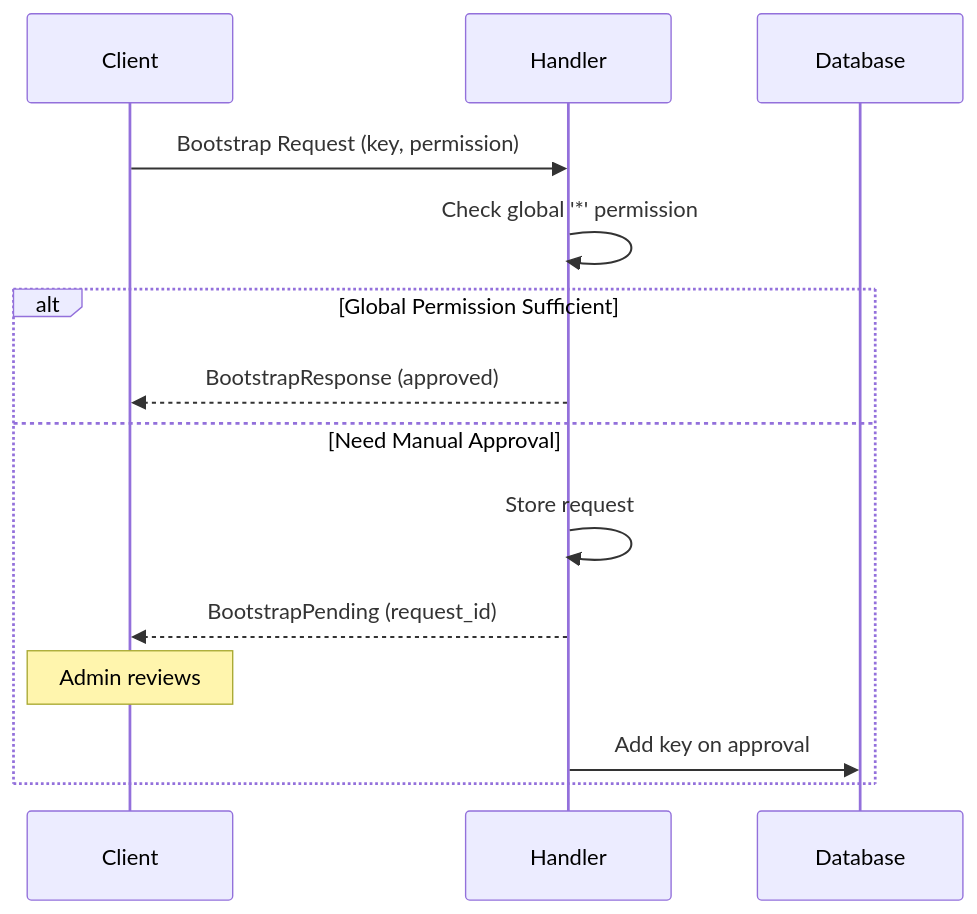
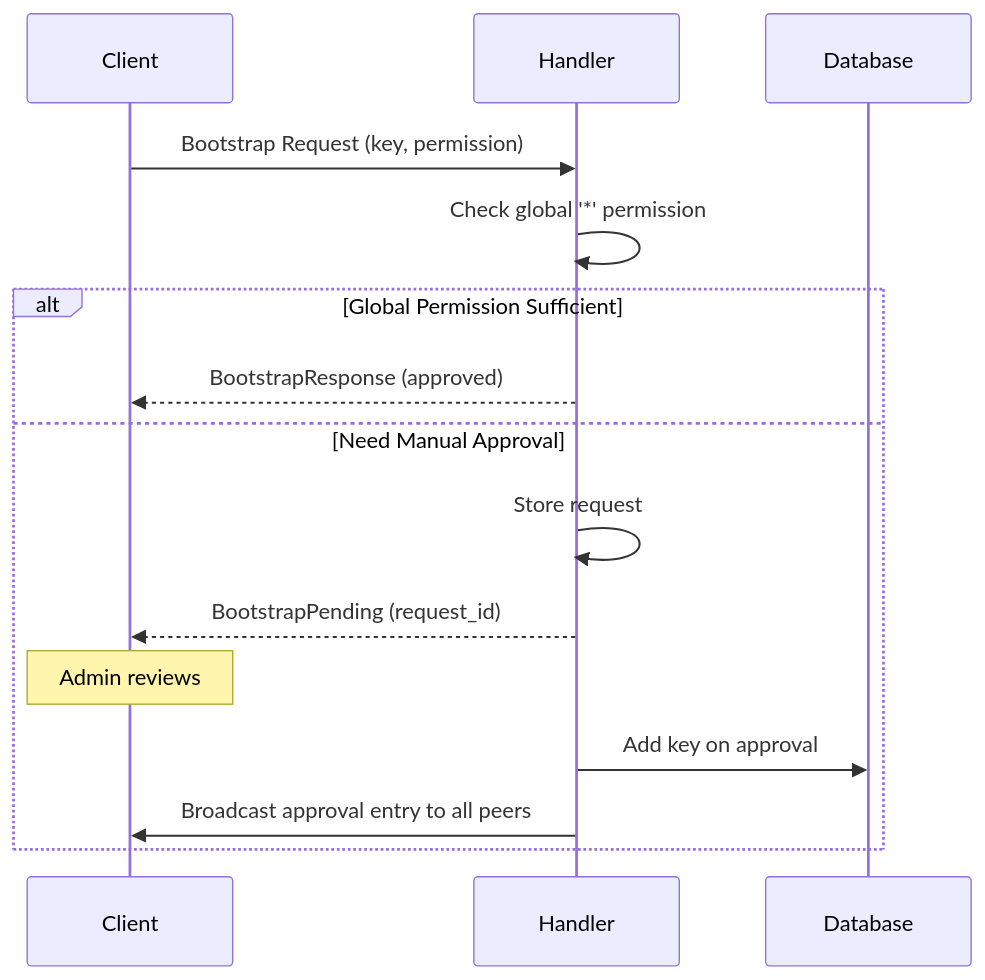
The diagram in docs/src/internal/bootstrap.md (arcuru/eidetica), drawn with Mermaid before and after one commit. The commit also changed other lines of this file and 2 other files, not shown here.

````diff
--- a/docs/src/internal/bootstrap.md
+++ b/docs/src/internal/bootstrap.md
@@ -11,18 +11,19 @@
 ```mermaid
 sequenceDiagram
     participant Client
     participant Handler
     participant Database
 
     Client->>Handler: Bootstrap Request (key, permission)
     Handler->>Handler: Check global '*' permission
 
     alt Global Permission Sufficient
         Handler-->>Client: BootstrapResponse (approved)
     else Need Manual Approval
         Handler->>Handler: Store request
         Handler-->>Client: BootstrapPending (request_id)
         Note over Client: Admin reviews
         Handler->>Database: Add key on approval
+        Handler->>Client: Broadcast approval entry to all peers
     end
 ```
````
